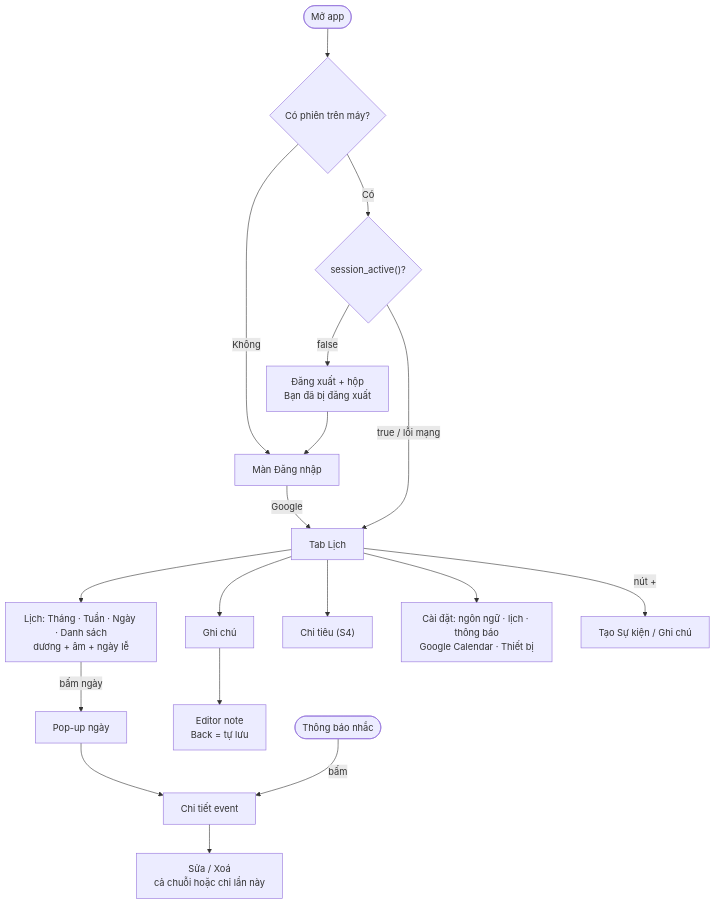
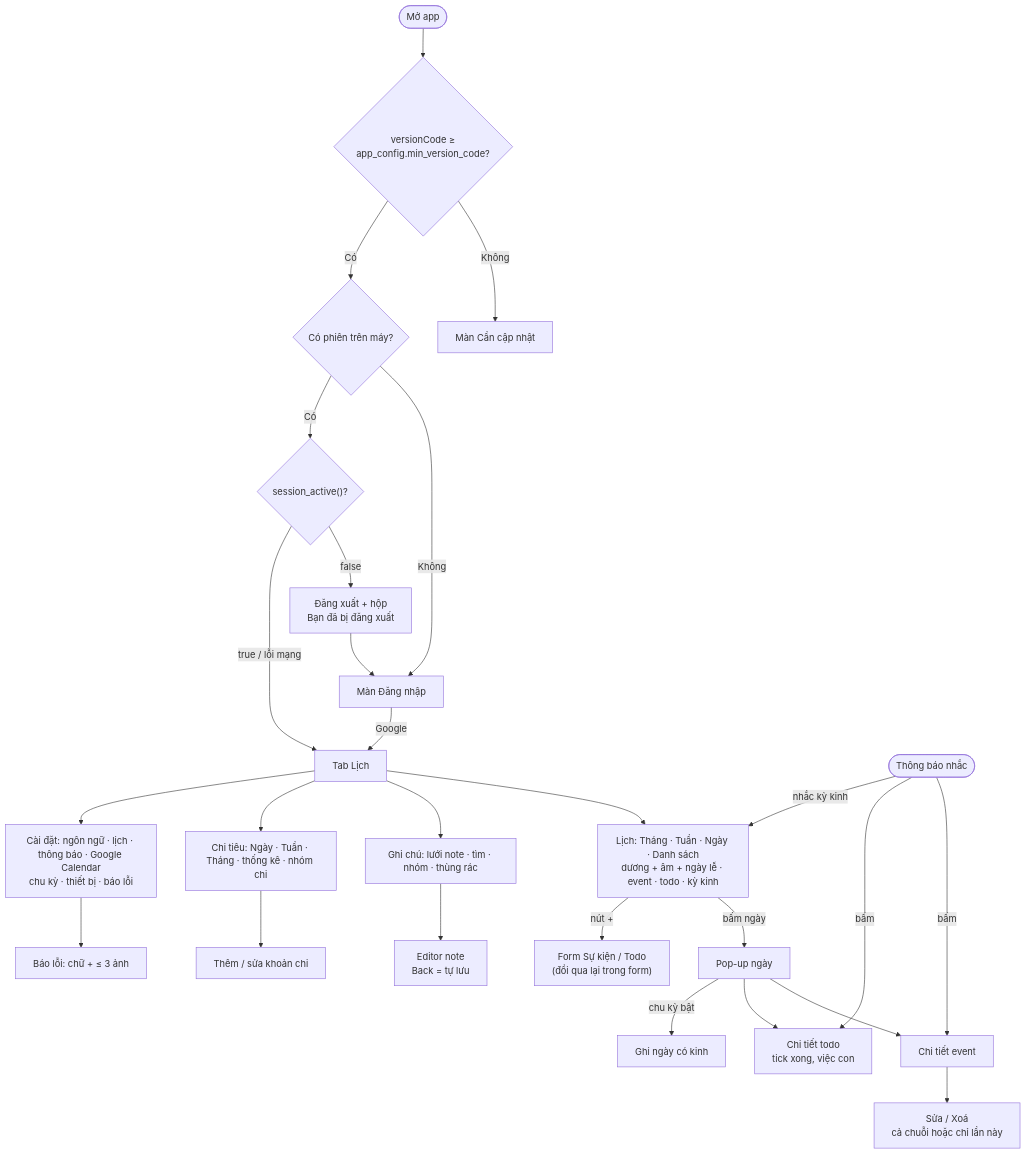
One commit to danhbuidcn/daynest changed the diagram in docs/specs/architecture/user-flow.md. Above: the diagram before and after it, drawn with Mermaid. The commit also changed 13 other files, not shown here.

Commit message:
docs: update architecture to v5.0.1

````diff
--- a/docs/specs/architecture/user-flow.md
+++ b/docs/specs/architecture/user-flow.md
@@ -5,19 +5,28 @@
 ```mermaid
 flowchart TD
-  Open(["Mở app"]) --> Local{"Có phiên trên máy?"}
+  Open(["Mở app"]) --> Ver{"versionCode ≥<br/>app_config.min_version_code?"}
+  Ver -->|Không| Update["Màn Cần cập nhật"]
+  Ver -->|Có| Local{"Có phiên trên máy?"}
   Local -->|Không| Login["Màn Đăng nhập"]
   Local -->|Có| Active{"session_active()?"}
   Active -->|false| Kicked["Đăng xuất + hộp<br/>Bạn đã bị đăng xuất"] --> Login
   Active -->|"true / lỗi mạng"| Tabs["Tab Lịch"]
   Login -->|"Google"| Tabs
 
-  Tabs --> Cal["Lịch: Tháng · Tuần · Ngày · Danh sách<br/>dương + âm + ngày lễ"]
-  Tabs --> Manage["Ghi chú"]
-  Tabs --> Stats["Chi tiêu (S4)"]
-  Tabs --> Settings["Cài đặt: ngôn ngữ · lịch · thông báo<br/>Google Calendar · Thiết bị"]
+  Tabs --> Cal["Lịch: Tháng · Tuần · Ngày · Danh sách<br/>dương + âm + ngày lễ · event · todo · kỳ kinh"]
+  Tabs --> Notes["Ghi chú: lưới note · tìm · nhóm · thùng rác"]
+  Tabs --> Exp["Chi tiêu: Ngày · Tuần · Tháng · thống kê · nhóm chi"]
+  Tabs --> Settings["Cài đặt: ngôn ngữ · lịch · thông báo · Google Calendar<br/>chu kỳ · thiết bị · báo lỗi"]
 
-  Cal -->|"bấm ngày"| DayPop["Pop-up ngày"] --> Detail["Chi tiết event"] --> Edit["Sửa / Xoá<br/>cả chuỗi hoặc chỉ lần này"]
-  Tabs -->|"nút +"| Create["Tạo Sự kiện / Ghi chú"]
-  Manage --> Editor["Editor note<br/>Back = tự lưu"]
-  Push(["Thông báo nhắc"]) -->|bấm| Detail
+  Cal -->|"bấm ngày"| DayPop["Pop-up ngày"]
+  DayPop --> EvDetail["Chi tiết event"] --> EvEdit["Sửa / Xoá<br/>cả chuỗi hoặc chỉ lần này"]
+  DayPop --> TodoDetail["Chi tiết todo<br/>tick xong, việc con"]
+  DayPop -->|"chu kỳ bật"| Period["Ghi ngày có kinh"]
+  Cal -->|"nút +"| Entry["Form Sự kiện / Todo<br/>(đổi qua lại trong form)"]
+  Notes --> Editor["Editor note<br/>Back = tự lưu"]
+  Exp --> ExpEdit["Thêm / sửa khoản chi"]
+  Settings --> Bug["Báo lỗi: chữ + ≤ 3 ảnh"]
+  Push(["Thông báo nhắc"]) -->|bấm| EvDetail
+  Push -->|bấm| TodoDetail
+  Push -->|"nhắc kỳ kinh"| Cal
 ```
````
